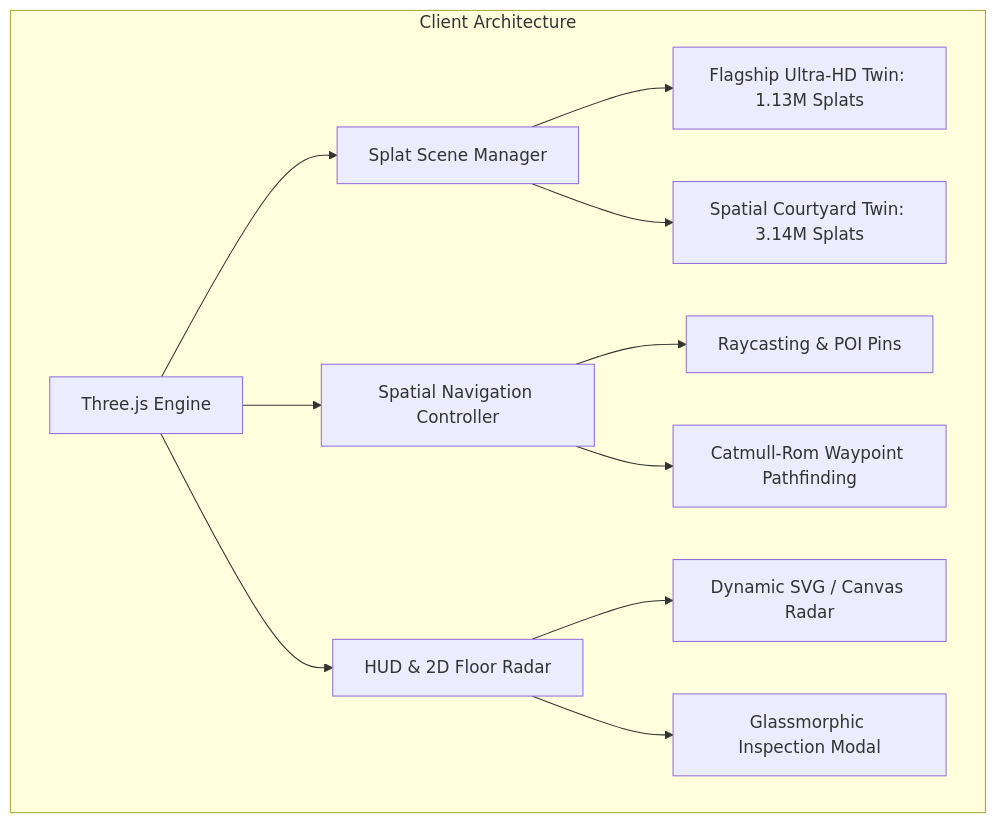
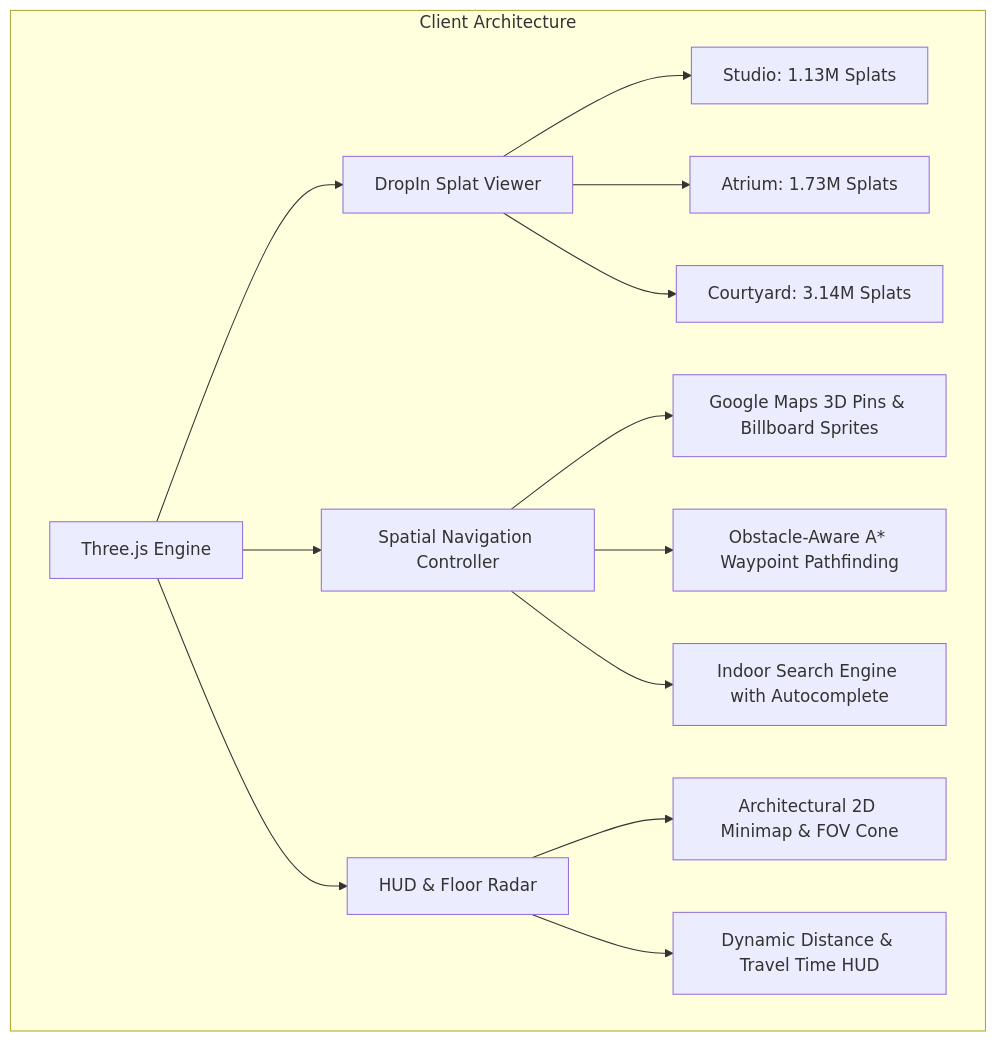
The second of 2 diagrams in ROUND1_TECHNICAL_ABSTRACT.md (Kaish-sheikh/nammaspace-digital-twin), drawn with Mermaid before and after one commit. The commit also changed other lines of this file and 8 other files, not shown here.

Commit message:
docs: update README, Technical Abstract, SOP, and submission PDFs with Triple-Environment 6M+ splats, Google Maps search, 3D pins, and mathematical ground leveling

````diff
--- a/ROUND1_TECHNICAL_ABSTRACT.md
+++ b/ROUND1_TECHNICAL_ABSTRACT.md
@@ -72,15 +92,19 @@
 ```mermaid
 graph TD
     subgraph Client Architecture
-        A[Three.js Engine] --> B[Splat Scene Manager]
+        A[Three.js Engine] --> B[DropIn Splat Viewer]
         A --> C[Spatial Navigation Controller]
-        A --> D[HUD & 2D Floor Radar]
+        A --> D[HUD & Floor Radar]
         
-        B --> B1[Flagship Ultra-HD Twin: 1.13M Splats]
-        B --> B2[Spatial Courtyard Twin: 3.14M Splats]
-        C --> C1[Raycasting & POI Pins]
-        C --> C2[Catmull-Rom Waypoint Pathfinding]
-        D --> D1[Dynamic SVG / Canvas Radar]
-        D --> D2[Glassmorphic Inspection Modal]
+        B --> B1[Studio: 1.13M Splats]
+        B --> B2[Atrium: 1.73M Splats]
+        B --> B3[Courtyard: 3.14M Splats]
+        
+        C --> C1[Google Maps 3D Pins & Billboard Sprites]
+        C --> C2[Obstacle-Aware A* Waypoint Pathfinding]
+        C --> C3[Indoor Search Engine with Autocomplete]
+        
+        D --> D1[Architectural 2D Minimap & FOV Cone]
+        D --> D2[Dynamic Distance & Travel Time HUD]
     end
 ```
````
